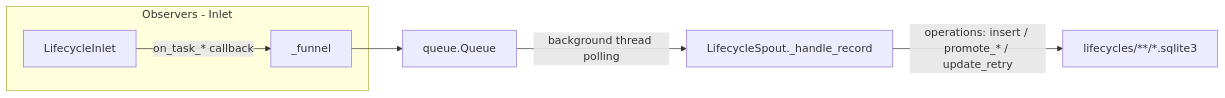
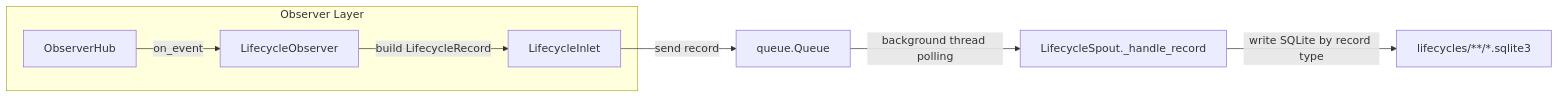
The diagram in docs/en/src/persist/core_lifecycle.md (Mr-xiaotian/CelestialFlow), drawn with Mermaid before and after one commit. The commit also changed other lines of this file and 176 other files, not shown here.

````diff
--- a/docs/en/src/persist/core_lifecycle.md
+++ b/docs/en/src/persist/core_lifecycle.md
@@ -11,10 +13,10 @@
 ```mermaid
 flowchart LR
-    subgraph Producer["Observers - Inlet"]
-        Inlet[LifecycleInlet]
-        Inlet -->|on_task_* callback| Funnel[_funnel]
+    subgraph EventLayer["Observer Layer"]
+        Hub[ObserverHub] -->|on_event| Obs[LifecycleObserver]
+        Obs -->|build LifecycleRecord| Inlet[LifecycleInlet]
     end
-    Funnel --> Queue[queue.Queue]
+    Inlet -->|send record| Queue[queue.Queue]
     Queue -->|background thread polling| Spout[LifecycleSpout._handle_record]
-    Spout -->|operations: insert / promote_* / update_retry| SQLite[lifecycles/**/*.sqlite3]
+    Spout -->|write SQLite by record type| DB[lifecycles/**/*.sqlite3]
 ```
````
